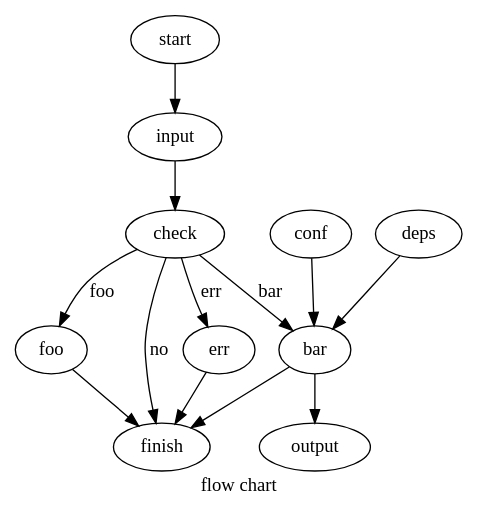
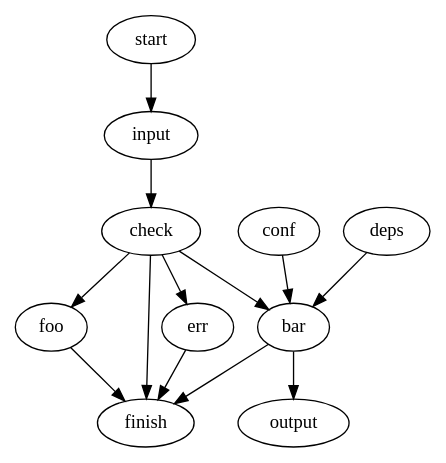
Before and after one commit to lijh8/misc: the diagram in other/graphviz.dot, drawn with Graphviz.

```diff
--- a/other/graphviz.dot
+++ b/other/graphviz.dot
@@ -1,46 +1,35 @@
 /*
 https://graphviz.org/about/ ,
 https://magjac.com/graphviz-visual-editor/ ,
 https://dreampuf.github.io/GraphvizOnline/ ,
 
-Edge cannot follow attribute in same statement.
-
-  no: start [label=foo] -> input
-  ok: start [label=foo]; start -> input
-
-  no: start -> input [label=foo] -> check
-  ok: start -> input [label=foo]; input -> check
+edge cannot follow attribute in same statement.
+multiple edge statements can be on one line.
+semi-colon is optional between edge statements.
+comma is optional between nodes.
 
 generate image using command:
   $ apt install graphviz
-  $ dot -Tpng example.dot -o example.png
+  $ dot -Tsvg example.dot -o example.svg
 
 use image in markdown example.md:
-  ![](example.png)
+  ![](example.svg)
 
-then preview markdown in vscode
+then preview markdown in vscode.
 
-similar tools: mermaid chart, yED
+similar tools: mermaid chart, yED.
 */
 
 // example.dot
 
 digraph {
-  start -> input -> check
+  start->input->check
 
-  check -> foo [label=foo]
-  foo -> finish
+  check->foo foo->finish
+  check->err err->finish
+  check->finish
+  check->bar bar->finish
 
-  check -> err [label=err]
-  err -> finish
-
-  check -> finish [label=no]
-
-  check -> bar [label=bar]
-  bar -> finish
-
-  conf -> bar -> output
-  deps -> bar
-
-  label="flow chart"
+  conf->bar->output
+  deps->bar
 }
```
